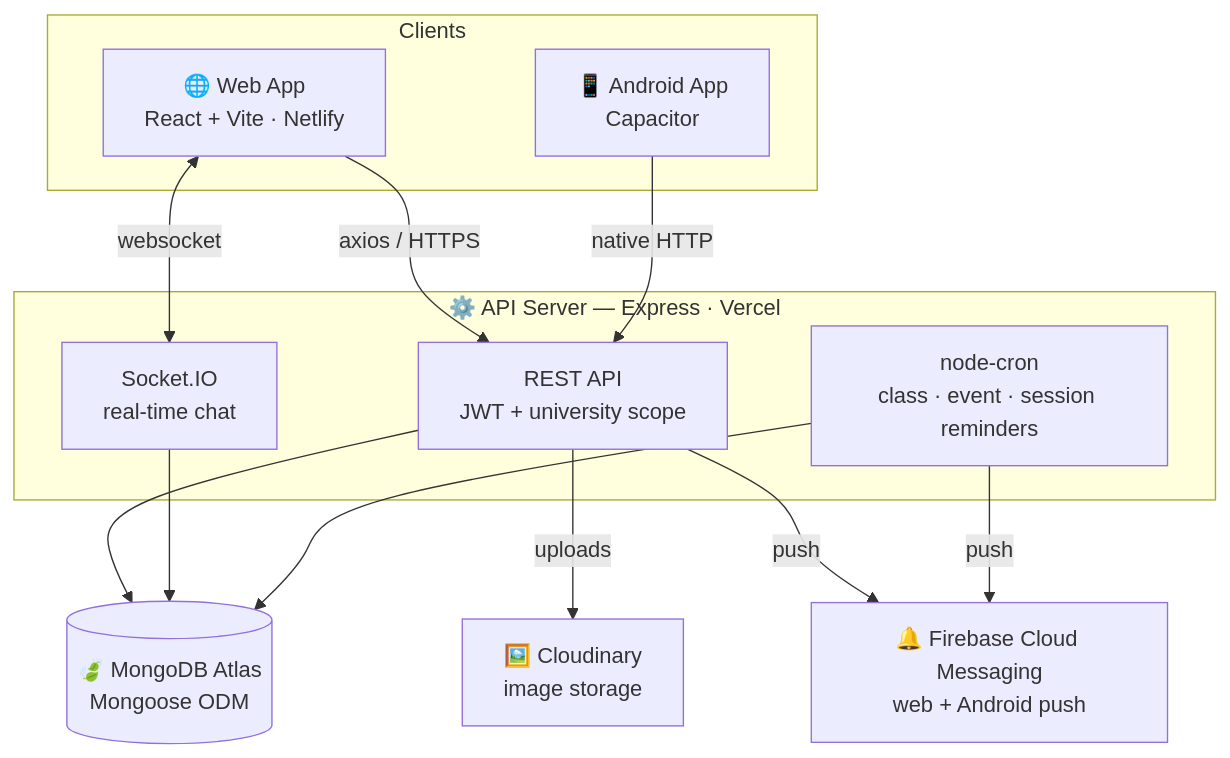
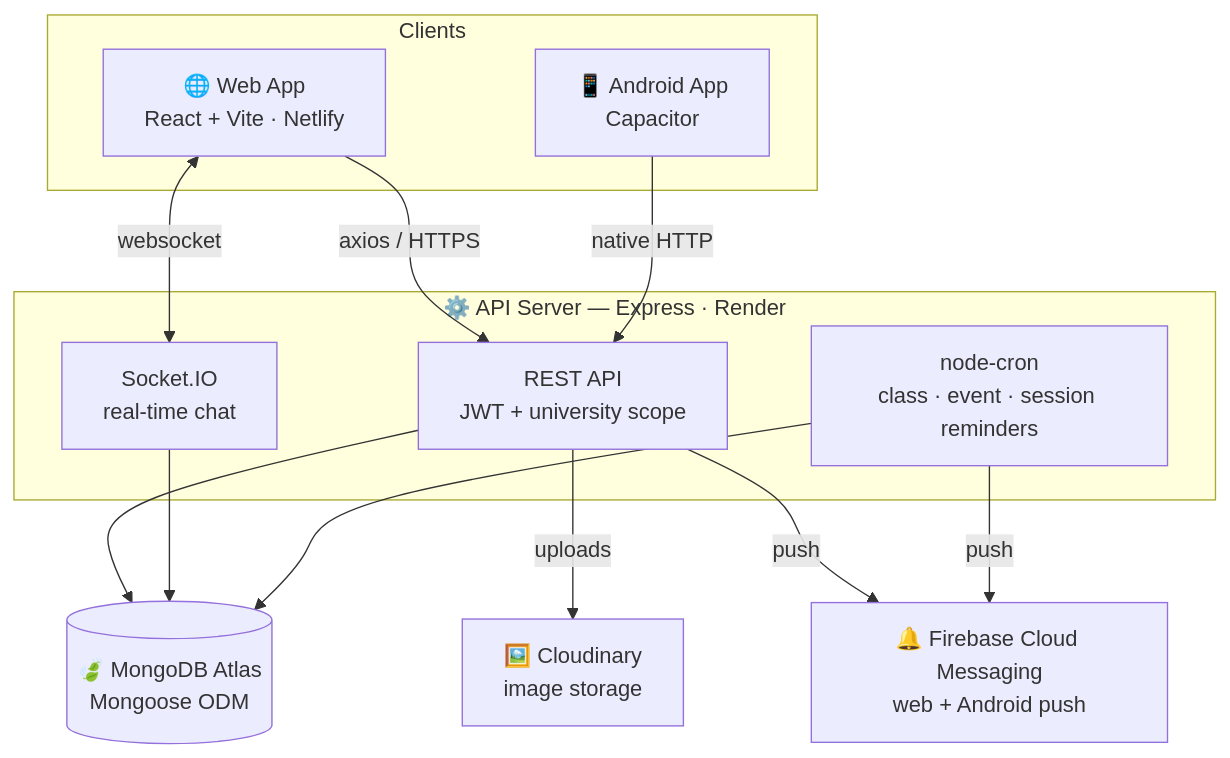
The first of 3 diagrams in README.md (Priyansh-Mathur/Manit-Hub), drawn with Mermaid before and after one commit. The commit also changed other lines of this file and 127 other files, not shown here.

````diff
--- a/README.md
+++ b/README.md
@@ -170,27 +170,27 @@
 ```mermaid
 graph TB
   subgraph Clients
     Web["🌐 Web App<br/>React + Vite · Netlify"]
     Android["📱 Android App<br/>Capacitor"]
   end
 
-  subgraph Server["⚙️ API Server — Express · Vercel"]
+  subgraph Server["⚙️ API Server — Express · Render"]
     REST["REST API<br/>JWT + university scope"]
     WS["Socket.IO<br/>real-time chat"]
     Cron["node-cron<br/>class · event · session reminders"]
   end
 
   DB[("🍃 MongoDB Atlas<br/>Mongoose ODM")]
   Cloud["🖼️ Cloudinary<br/>image storage"]
   FCM["🔔 Firebase Cloud Messaging<br/>web + Android push"]
 
   Web -->|axios / HTTPS| REST
   Android -->|native HTTP| REST
   Web <-->|websocket| WS
   REST --> DB
   WS --> DB
   Cron --> DB
   REST -->|uploads| Cloud
   REST -->|push| FCM
   Cron -->|push| FCM
 ```
````
